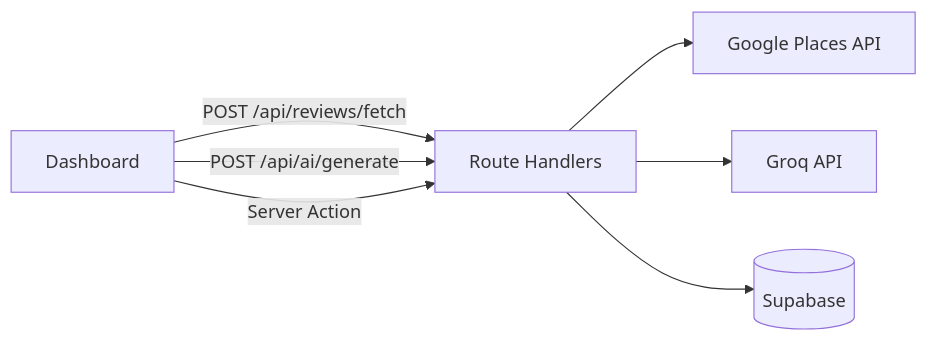
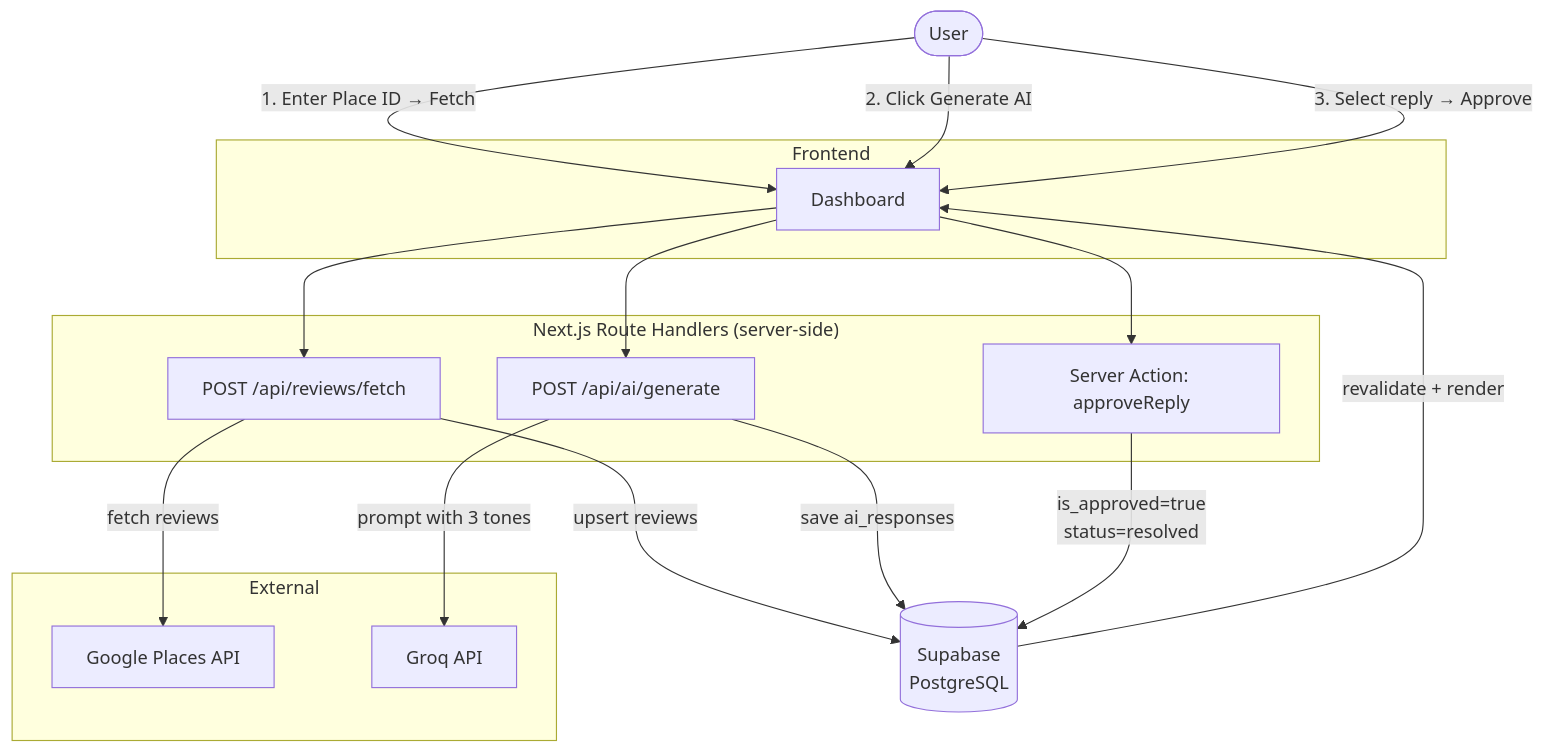
Before and after one commit to tvthanh2k3/review-pilot: the diagram in README.md, drawn with Mermaid. The commit also changed other lines of this file, not shown here.

Commit message:
docs: expand architecture diagram

````diff
--- a/README.md
+++ b/README.md
@@ -21,9 +21,37 @@
 ```mermaid
-flowchart LR
-    UI[Dashboard] -->|POST /api/reviews/fetch| API[Route Handlers]
-    UI -->|POST /api/ai/generate| API
-    UI -->|Server Action| API
-    API --> Google[Google Places API]
-    API --> Groq[Groq API]
-    API --> DB[(Supabase)]
+flowchart TD
+    User([User])
+
+    subgraph Frontend
+        UI[Dashboard]
+    end
+
+    subgraph Backend ["Next.js Route Handlers (server-side)"]
+        FetchRoute[POST /api/reviews/fetch]
+        GenerateRoute[POST /api/ai/generate]
+        ApproveAction[Server Action: approveReply]
+    end
+
+    subgraph External
+        Google[Google Places API]
+        Groq[Groq API]
+    end
+
+    DB[(Supabase\nPostgreSQL)]
+
+    User -->|1. Enter Place ID → Fetch| UI
+    UI --> FetchRoute
+    FetchRoute -->|fetch reviews| Google
+    FetchRoute -->|upsert reviews| DB
+
+    User -->|2. Click Generate AI| UI
+    UI --> GenerateRoute
+    GenerateRoute -->|prompt with 3 tones| Groq
+    GenerateRoute -->|save ai_responses| DB
+
+    User -->|3. Select reply → Approve| UI
+    UI --> ApproveAction
+    ApproveAction -->|is_approved=true\nstatus=resolved| DB
+
+    DB -->|revalidate + render| UI
 ```
````
